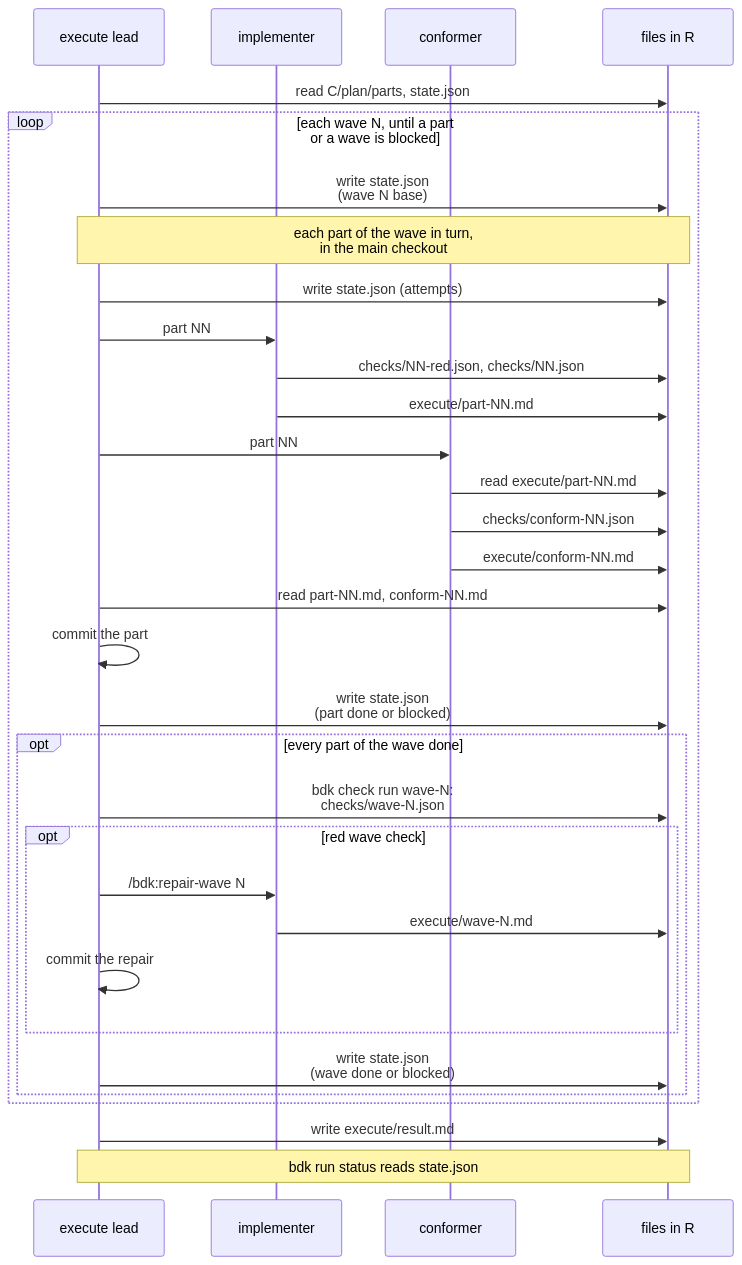
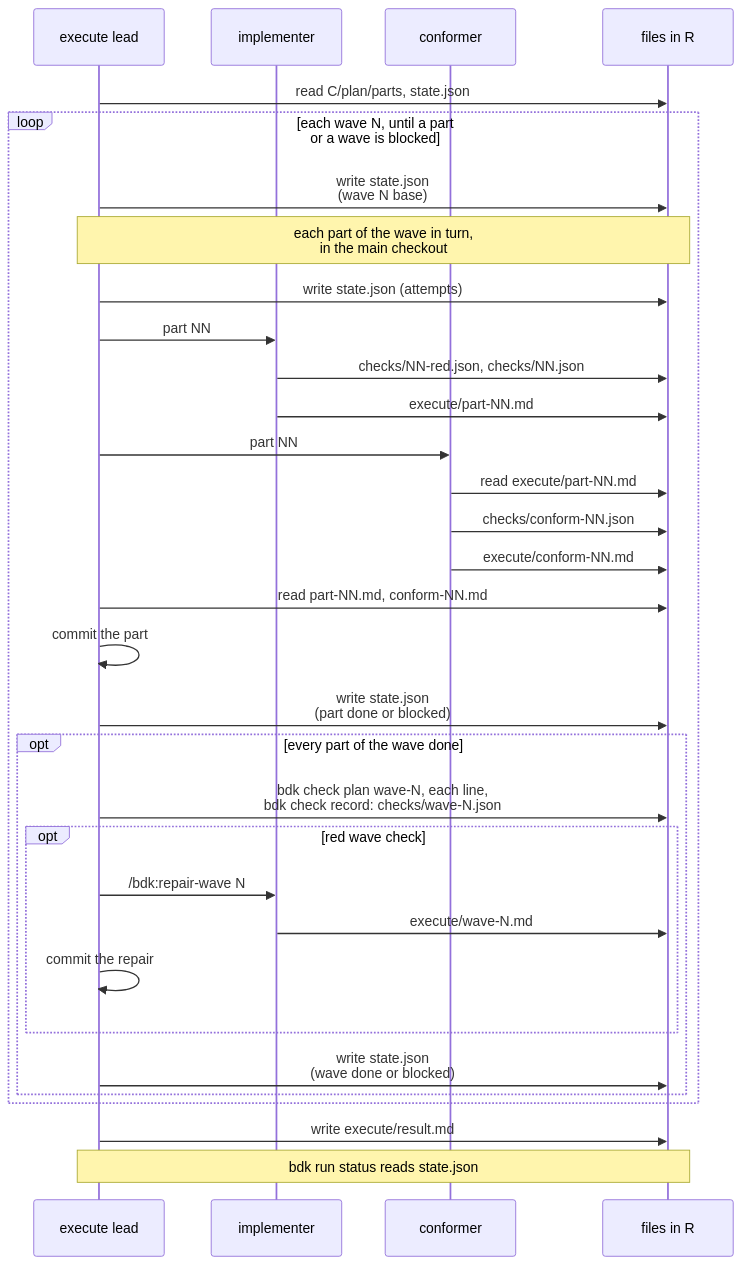
The second of 5 diagrams in docs/concepts/run-state.md (broneq/bdk), drawn with Mermaid before and after one commit. The commit also changed other lines of this file and 67 other files, not shown here.

First line of the commit message:
feat(check)!: plan the checks and let the agent run the real command

````diff
--- a/docs/concepts/run-state.md
+++ b/docs/concepts/run-state.md
@@ -116,34 +116,34 @@
 ```mermaid
 sequenceDiagram
   participant L as execute lead
   participant I as implementer
   participant F as conformer
   participant R as files in R
   L->>R: read C/plan/parts, state.json
   loop each wave N, until a part<br/>or a wave is blocked
     L->>R: write state.json<br/>(wave N base)
     Note over L,R: each part of the wave in turn,<br/>in the main checkout
     L->>R: write state.json (attempts)
     L->>I: part NN
     I->>R: checks/NN-red.json, checks/NN.json
     I->>R: execute/part-NN.md
     L->>F: part NN
     F->>R: read execute/part-NN.md
     F->>R: checks/conform-NN.json
     F->>R: execute/conform-NN.md
     L->>R: read part-NN.md, conform-NN.md
     L->>L: commit the part
     L->>R: write state.json<br/>(part done or blocked)
     opt every part of the wave done
-      L->>R: bdk check run wave-N:<br/>checks/wave-N.json
+      L->>R: bdk check plan wave-N, each line,<br/>bdk check record: checks/wave-N.json
       opt red wave check
         L->>I: /bdk:repair-wave N
         I->>R: execute/wave-N.md
         L->>L: commit the repair
       end
       L->>R: write state.json<br/>(wave done or blocked)
     end
   end
   L->>R: write execute/result.md
   Note over L,R: bdk run status reads state.json
 ```
````
